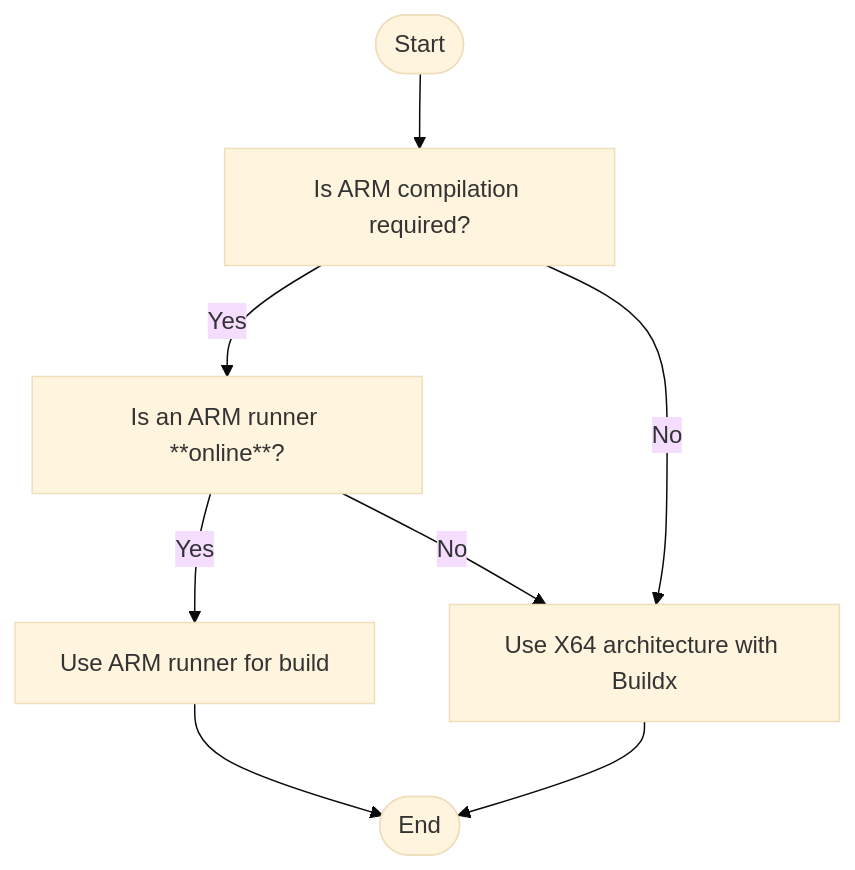
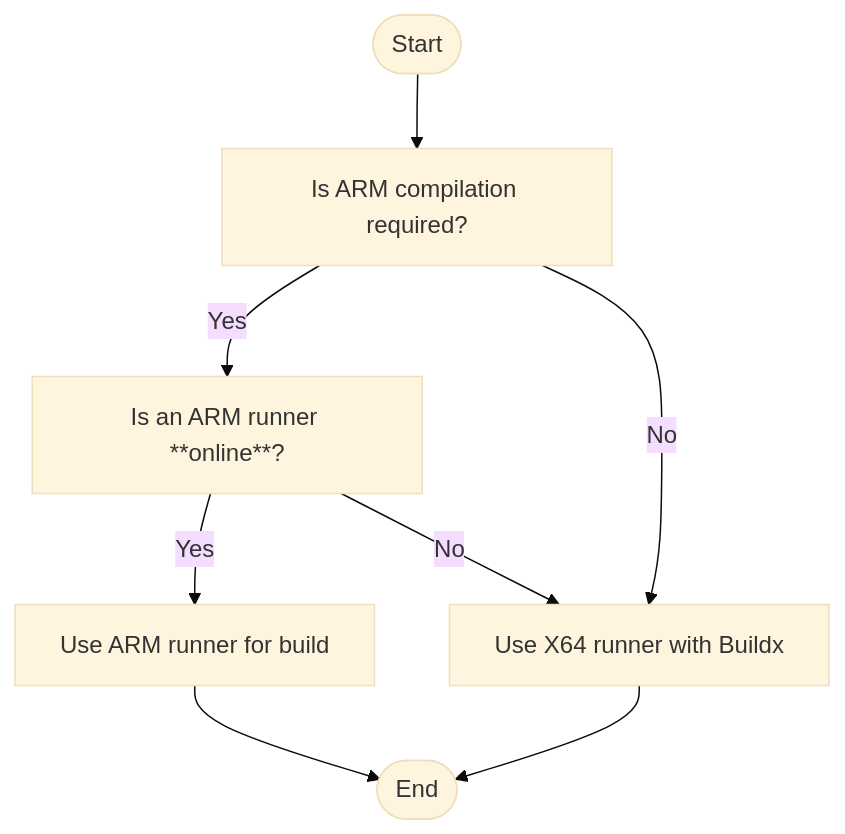
The second of 2 diagrams in .github/workflows/Readme.md (Quleaf/TestAction), drawn with Mermaid (base theme) before and after one commit. The commit also changed other lines of this file and 1 other file, not shown here.

````diff
--- a/.github/workflows/Readme.md
+++ b/.github/workflows/Readme.md
@@ -82,17 +87,17 @@
 ```mermaid
 flowchart TD
     Start([Start])
     CheckARMComp[Is ARM compilation required?]
     CheckARMRunner[Is an ARM runner **online**?]
     UseARM[Use ARM runner for build]
-    UseX64[Use X64 architecture with Buildx]
+    UseX64[Use X64 runner with Buildx]
     End([End])
 
     Start --> CheckARMComp
     CheckARMComp -- Yes --> CheckARMRunner
         CheckARMRunner -- No --> UseX64
     CheckARMComp -- No --> UseX64
     CheckARMRunner --Yes-->UseARM
     UseARM --> End
     UseX64 --> End
 ```
````
